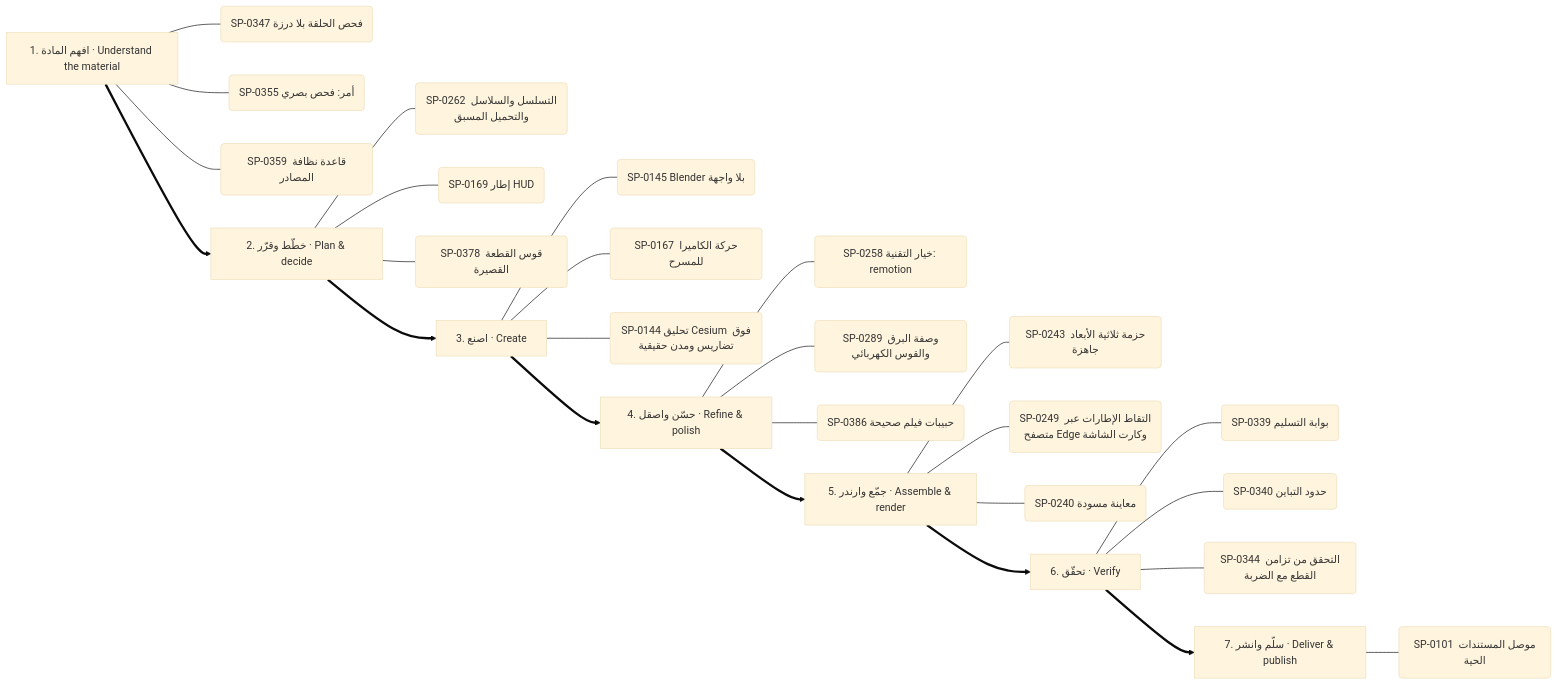
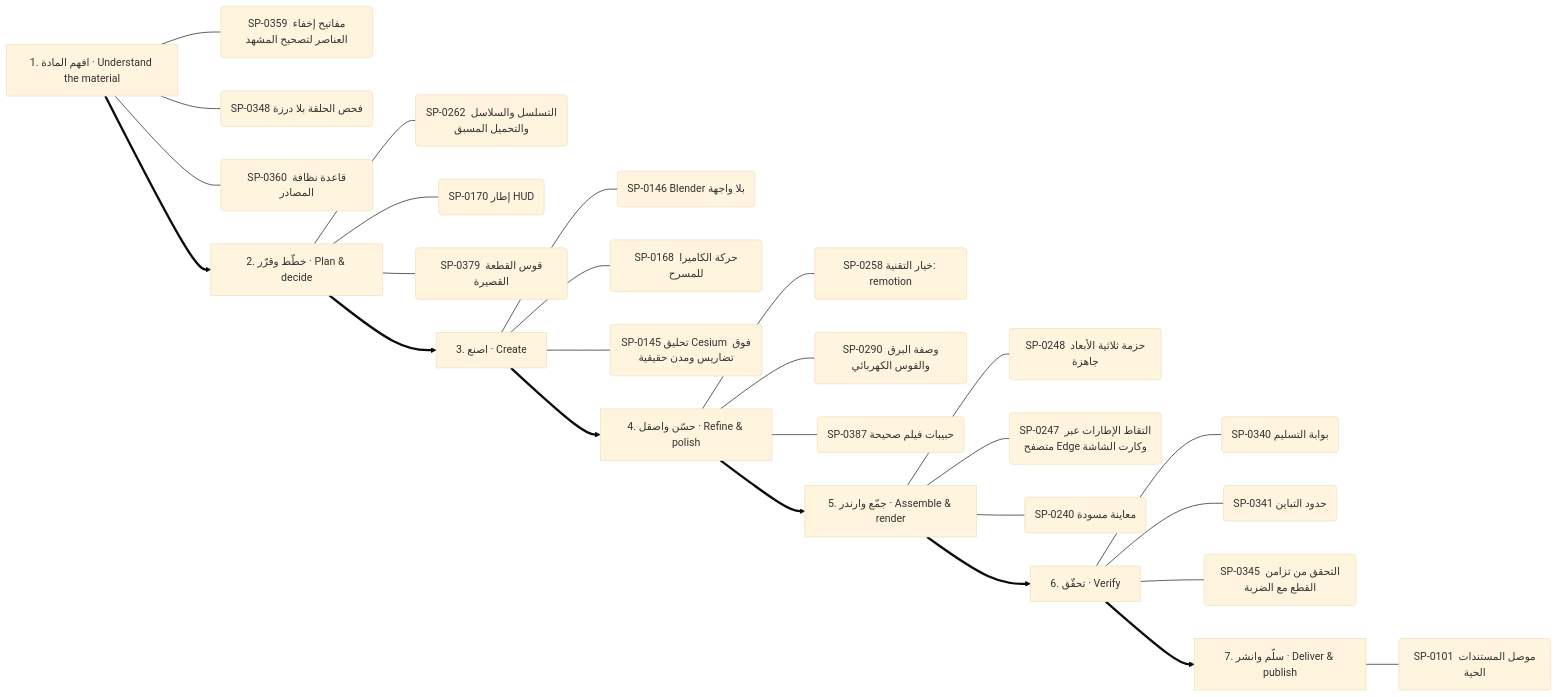
Before and after one commit to kosif199022-jpg/kosif-tool: the eighth of 13 diagrams in .claude/skills/kosif-superpowers/references/capability-mindmap.md, drawn with Mermaid (base theme). The commit also changed other lines of this file and 53 other files, not shown here.

````diff
--- a/.claude/skills/kosif-superpowers/references/capability-mindmap.md
+++ b/.claude/skills/kosif-superpowers/references/capability-mindmap.md
@@ -406,35 +404,35 @@
 ```mermaid
 flowchart LR
   S0["1. افهم المادة · Understand the material"]
-  S0 --- S0_0("SP-0347 فحص الحلقة بلا درزة")
-  S0 --- S0_1("SP-0355 أمر: فحص بصري")
-  S0 --- S0_2("SP-0359 قاعدة نظافة المصادر")
+  S0 --- S0_0("SP-0359 مفاتيح إخفاء العناصر لتصحيح المشهد")
+  S0 --- S0_1("SP-0348 فحص الحلقة بلا درزة")
+  S0 --- S0_2("SP-0360 قاعدة نظافة المصادر")
   S1["2. خطّط وقرّر · Plan & decide"]
   S1 --- S1_0("SP-0262 التسلسل والسلاسل والتحميل المسبق")
-  S1 --- S1_1("SP-0169 إطار HUD")
-  S1 --- S1_2("SP-0378 قوس القطعة القصيرة")
+  S1 --- S1_1("SP-0170 إطار HUD")
+  S1 --- S1_2("SP-0379 قوس القطعة القصيرة")
   S0 ==> S1
   S2["3. اصنع · Create"]
-  S2 --- S2_0("SP-0145 Blender بلا واجهة")
-  S2 --- S2_1("SP-0167 حركة الكاميرا للمسرح")
-  S2 --- S2_2("SP-0144 تحليق Cesium فوق تضاريس ومدن حقيقية")
+  S2 --- S2_0("SP-0146 Blender بلا واجهة")
+  S2 --- S2_1("SP-0168 حركة الكاميرا للمسرح")
+  S2 --- S2_2("SP-0145 تحليق Cesium فوق تضاريس ومدن حقيقية")
   S1 ==> S2
   S3["4. حسّن واصقل · Refine & polish"]
   S3 --- S3_0("SP-0258 خيار التقنية: remotion")
-  S3 --- S3_1("SP-0289 وصفة البرق والقوس الكهربائي")
-  S3 --- S3_2("SP-0386 حبيبات فيلم صحيحة")
+  S3 --- S3_1("SP-0290 وصفة البرق والقوس الكهربائي")
+  S3 --- S3_2("SP-0387 حبيبات فيلم صحيحة")
   S2 ==> S3
   S4["5. جمّع وارندر · Assemble & render"]
-  S4 --- S4_0("SP-0243 حزمة ثلاثية الأبعاد جاهزة")
-  S4 --- S4_1("SP-0249 التقاط الإطارات عبر متصفح Edge وكارت الشاشة")
+  S4 --- S4_0("SP-0248 حزمة ثلاثية الأبعاد جاهزة")
+  S4 --- S4_1("SP-0247 التقاط الإطارات عبر متصفح Edge وكارت الشاشة")
   S4 --- S4_2("SP-0240 معاينة مسودة")
   S3 ==> S4
   S5["6. تحقّق · Verify"]
-  S5 --- S5_0("SP-0339 بوابة التسليم")
-  S5 --- S5_1("SP-0340 حدود التباين")
-  S5 --- S5_2("SP-0344 التحقق من تزامن القطع مع الضربة")
+  S5 --- S5_0("SP-0340 بوابة التسليم")
+  S5 --- S5_1("SP-0341 حدود التباين")
+  S5 --- S5_2("SP-0345 التحقق من تزامن القطع مع الضربة")
   S4 ==> S5
   S6["7. سلّم وانشر · Deliver & publish"]
   S6 --- S6_0("SP-0101 موصل المستندات الحية")
   S5 ==> S6
 ```
````
